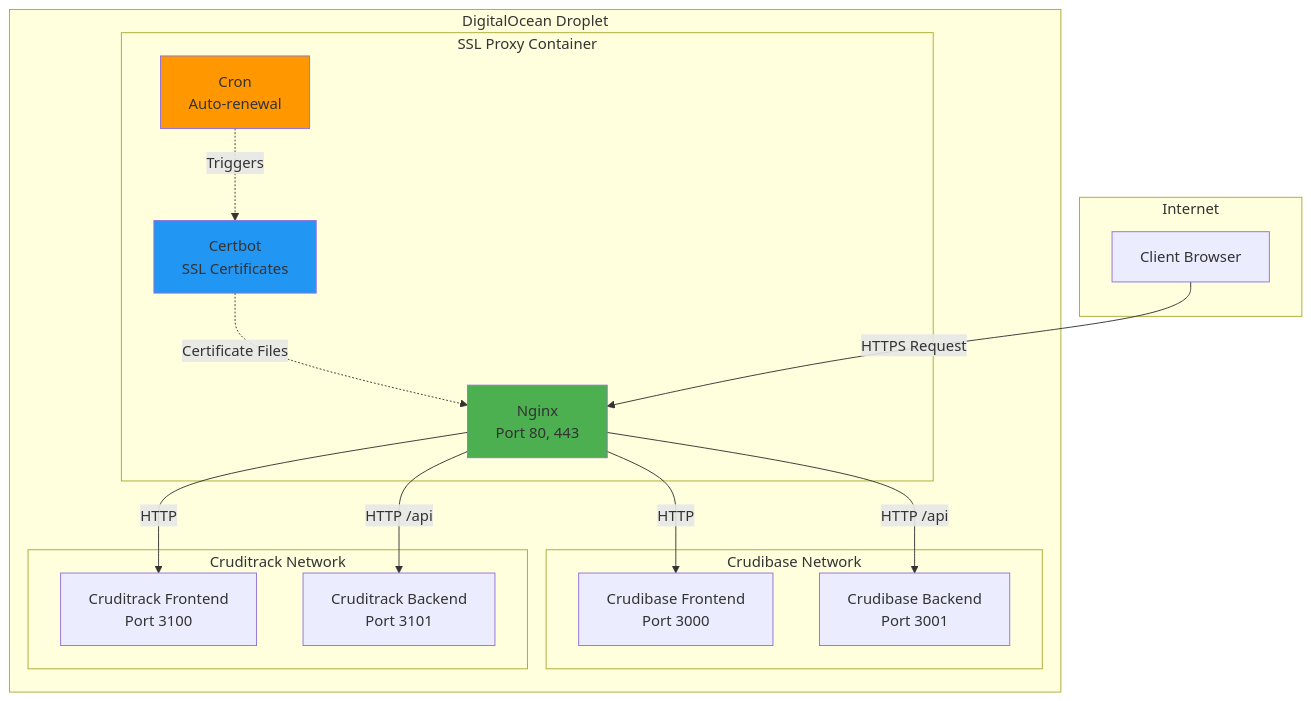
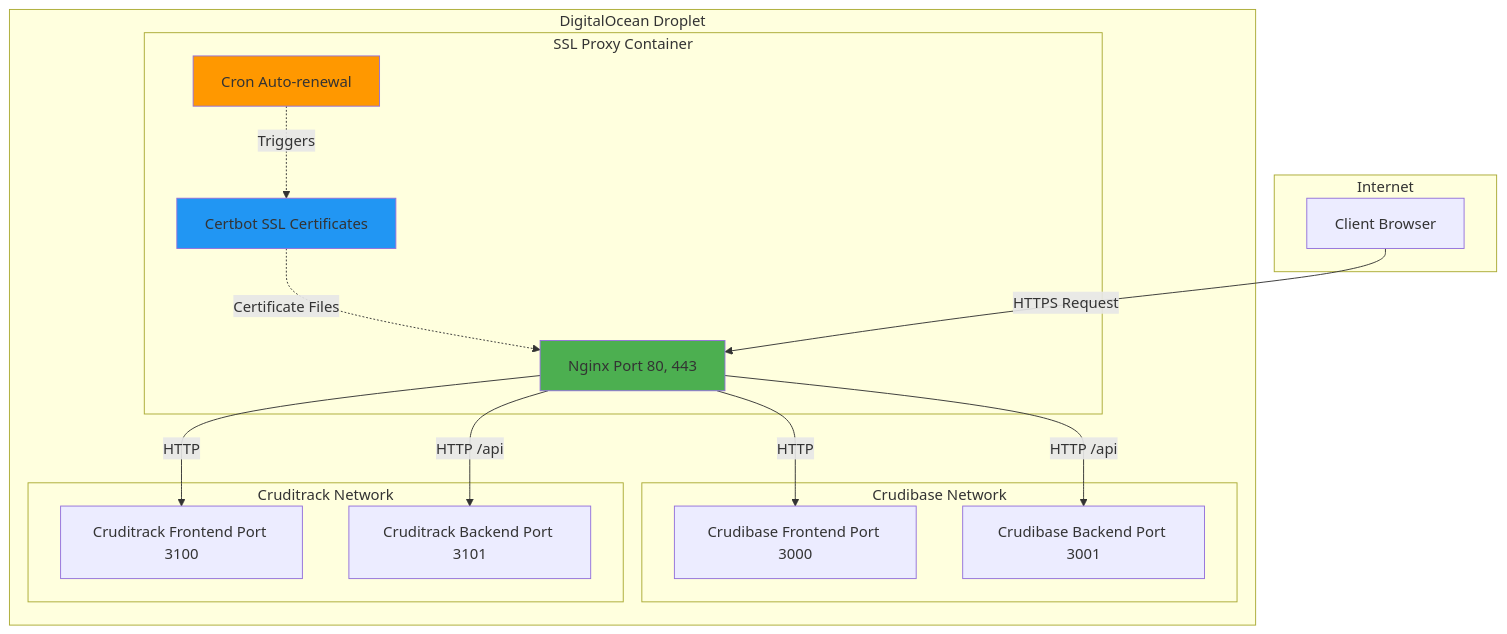
One commit to softwarewrighter/ssl-proxy-for-do changed the first of 2 diagrams in wiki/Home.md. Above: the diagram before and after it, drawn with Mermaid. The commit also changed 7 other files, not shown here.

First line of the commit message:
Fix wiki Mermaid diagrams: remove remaining <br/> tags

````diff
--- a/wiki/Home.md
+++ b/wiki/Home.md
@@ -66,37 +66,37 @@
 ```mermaid
 graph TB
     subgraph Internet
         Client[Client Browser]
     end
 
     subgraph "DigitalOcean Droplet"
         subgraph "SSL Proxy Container"
-            Nginx[Nginx<br/>Port 80, 443]
-            Certbot[Certbot<br/>SSL Certificates]
-            Cron[Cron<br/>Auto-renewal]
+            Nginx[Nginx Port 80, 443]
+            Certbot[Certbot SSL Certificates]
+            Cron[Cron Auto-renewal]
 
             Certbot -.Certificate Files.-> Nginx
             Cron -.Triggers.-> Certbot
         end
 
         subgraph "Crudibase Network"
-            CB_FE[Crudibase Frontend<br/>Port 3000]
-            CB_BE[Crudibase Backend<br/>Port 3001]
+            CB_FE[Crudibase Frontend Port 3000]
+            CB_BE[Crudibase Backend Port 3001]
         end
 
         subgraph "Cruditrack Network"
-            CT_FE[Cruditrack Frontend<br/>Port 3100]
-            CT_BE[Cruditrack Backend<br/>Port 3101]
+            CT_FE[Cruditrack Frontend Port 3100]
+            CT_BE[Cruditrack Backend Port 3101]
         end
     end
 
     Client -->|HTTPS Request| Nginx
     Nginx -->|HTTP| CB_FE
     Nginx -->|HTTP /api| CB_BE
     Nginx -->|HTTP| CT_FE
     Nginx -->|HTTP /api| CT_BE
 
     style Nginx fill:#4CAF50
     style Certbot fill:#2196F3
     style Cron fill:#FF9800
 ```
````
